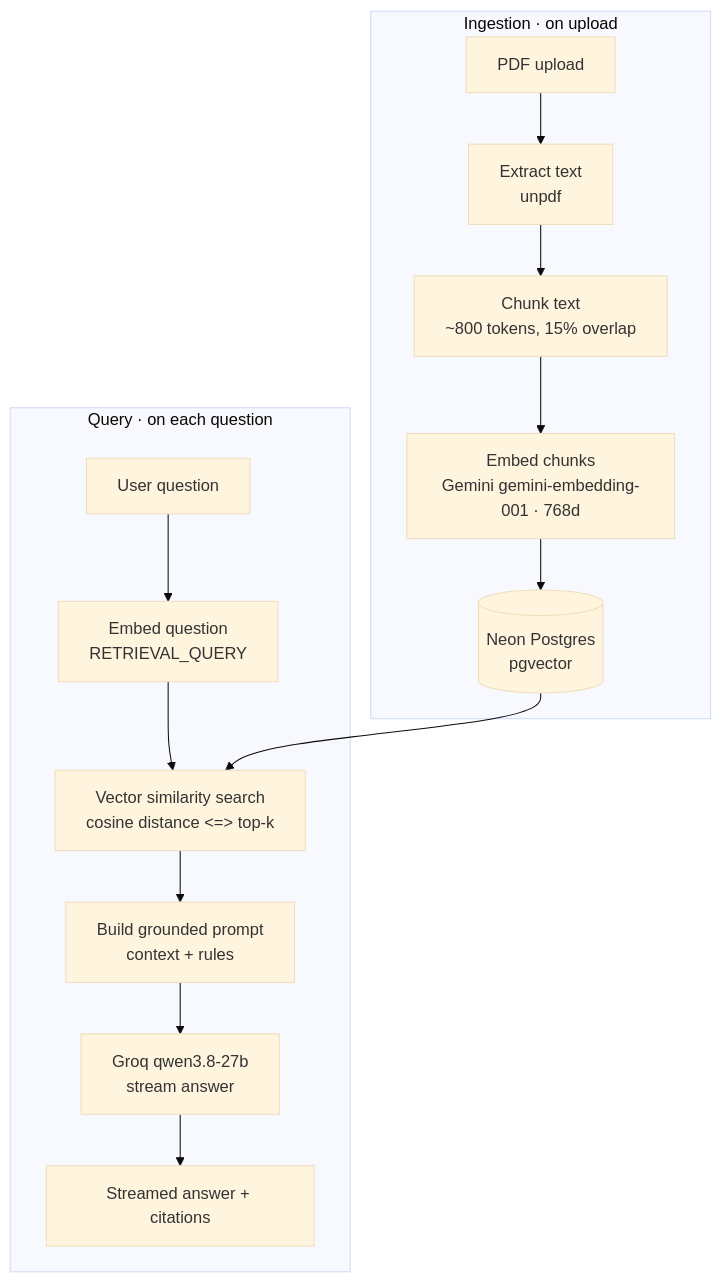
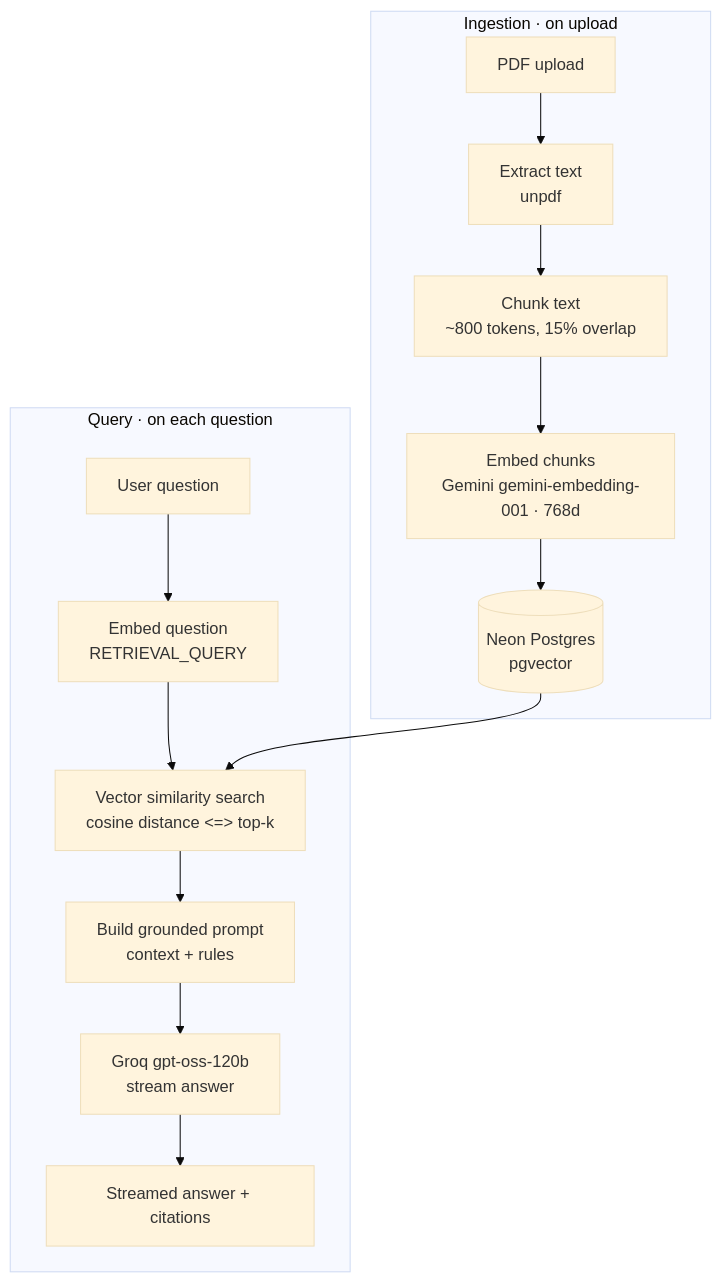
One commit to mepulkitbhatia/docchat changed the diagram in README.md. Above: the diagram before and after it, drawn with Mermaid (base theme). The commit also changed other lines of this file and 2 other files, not shown here.

Commit message:
Use openai/gpt-oss-120b for answers and keep the stream unbuffered
qwen/qwen3.8-27b is capped at 1,000 output tokens per minute on Groq's
free tier: on the live site one long answer was rejected outright, and a
summary uses most of a minute's allowance. gpt-oss-120b has no such cap.

gpt-oss-120b often writes citations as 【1】 even when told not to, so the
stream rewrites those brackets to [1].

Also send Cache-Control: no-transform on streamed answers so Cloudflare
(in front of Render) does not buffer them into a single burst.

````diff
--- a/README.md
+++ b/README.md
@@ -25,18 +25,18 @@
 ```mermaid
 flowchart TD
     subgraph Ingestion [Ingestion · on upload]
         A[PDF upload] --> B[Extract text<br/>unpdf]
         B --> C[Chunk text<br/>~800 tokens, 15% overlap]
         C --> D[Embed chunks<br/>Gemini gemini-embedding-001 · 768d]
         D --> E[(Neon Postgres<br/>pgvector)]
     end
 
     subgraph Query [Query · on each question]
         Q[User question] --> R[Embed question<br/>RETRIEVAL_QUERY]
         R --> S[Vector similarity search<br/>cosine distance &lt;=&gt; top-k]
         E --> S
         S --> T[Build grounded prompt<br/>context + rules]
-        T --> U[Groq qwen3.8-27b<br/>stream answer]
+        T --> U[Groq gpt-oss-120b<br/>stream answer]
         U --> V[Streamed answer + citations]
     end
 ```
````
